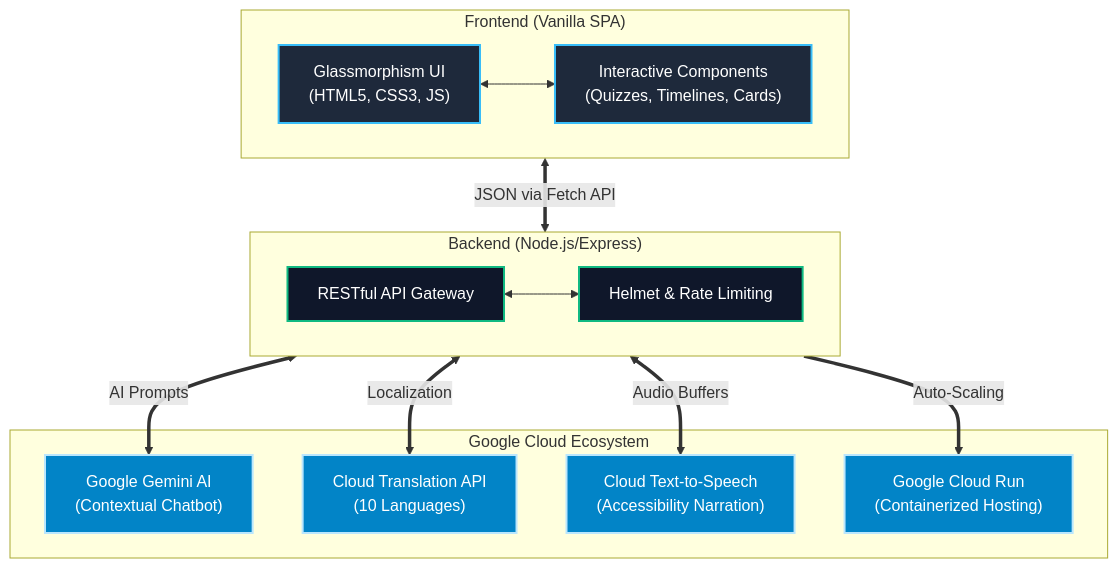
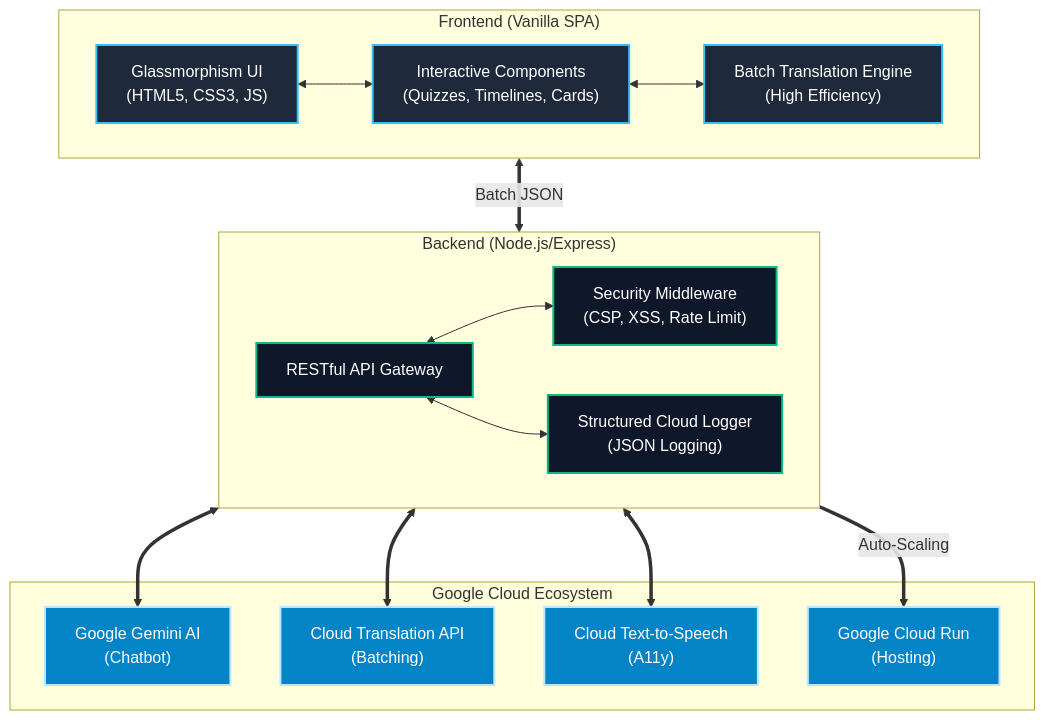
Before and after one commit to PrianshuKumarSahu/ChunavGuru: the diagram in README.md, drawn with Mermaid. The commit also changed other lines of this file and 17 other files, not shown here.

Commit message:
🚀 FINAL OPTIMIZATION: Batch translation, 49 tests, hardened security, and PWA support

````diff
--- a/README.md
+++ b/README.md
@@ -39,36 +40,40 @@
 ```mermaid
 graph TD
     %% Styling
     classDef frontend fill:#1E293B,stroke:#38BDF8,stroke-width:2px,color:#fff
     classDef backend fill:#0F172A,stroke:#10B981,stroke-width:2px,color:#fff
     classDef cloud fill:#0284C7,stroke:#bae6fd,stroke-width:2px,color:#fff
     
     %% Frontend Node
     subgraph Client ["Frontend (Vanilla SPA)"]
         UI["Glassmorphism UI<br/>(HTML5, CSS3, JS)"]:::frontend
         Comps["Interactive Components<br/>(Quizzes, Timelines, Cards)"]:::frontend
+        Batch["Batch Translation Engine<br/>(High Efficiency)"]:::frontend
         UI <--> Comps
+        Comps <--> Batch
     end
 
     %% Backend Node
     subgraph Server ["Backend (Node.js/Express)"]
         API["RESTful API Gateway"]:::backend
-        Sec["Helmet & Rate Limiting"]:::backend
+        Sec["Security Middleware<br/>(CSP, XSS, Rate Limit)"]:::backend
+        Log["Structured Cloud Logger<br/>(JSON Logging)"]:::backend
         API <--> Sec
+        API <--> Log
     end
 
     %% Google Cloud Node
     subgraph GCP ["Google Cloud Ecosystem"]
-        Gemini["Google Gemini AI<br/>(Contextual Chatbot)"]:::cloud
-        Translate["Cloud Translation API<br/>(10 Languages)"]:::cloud
-        TTS["Cloud Text-to-Speech<br/>(Accessibility Narration)"]:::cloud
-        Run["Google Cloud Run<br/>(Containerized Hosting)"]:::cloud
+        Gemini["Google Gemini AI<br/>(Chatbot)"]:::cloud
+        Translate["Cloud Translation API<br/>(Batching)"]:::cloud
+        TTS["Cloud Text-to-Speech<br/>(A11y)"]:::cloud
+        Run["Google Cloud Run<br/>(Hosting)"]:::cloud
     end
 
     %% Connections
-    Client <==>|JSON via Fetch API| Server
+    Client <==>|Batch JSON| Server
     Server ==>|Auto-Scaling| Run
-    Server <==>|AI Prompts| Gemini
-    Server <==>|Localization| Translate
-    Server <==>|Audio Buffers| TTS
+    Server <==> Gemini
+    Server <==> Translate
+    Server <==> TTS
 ```
````
